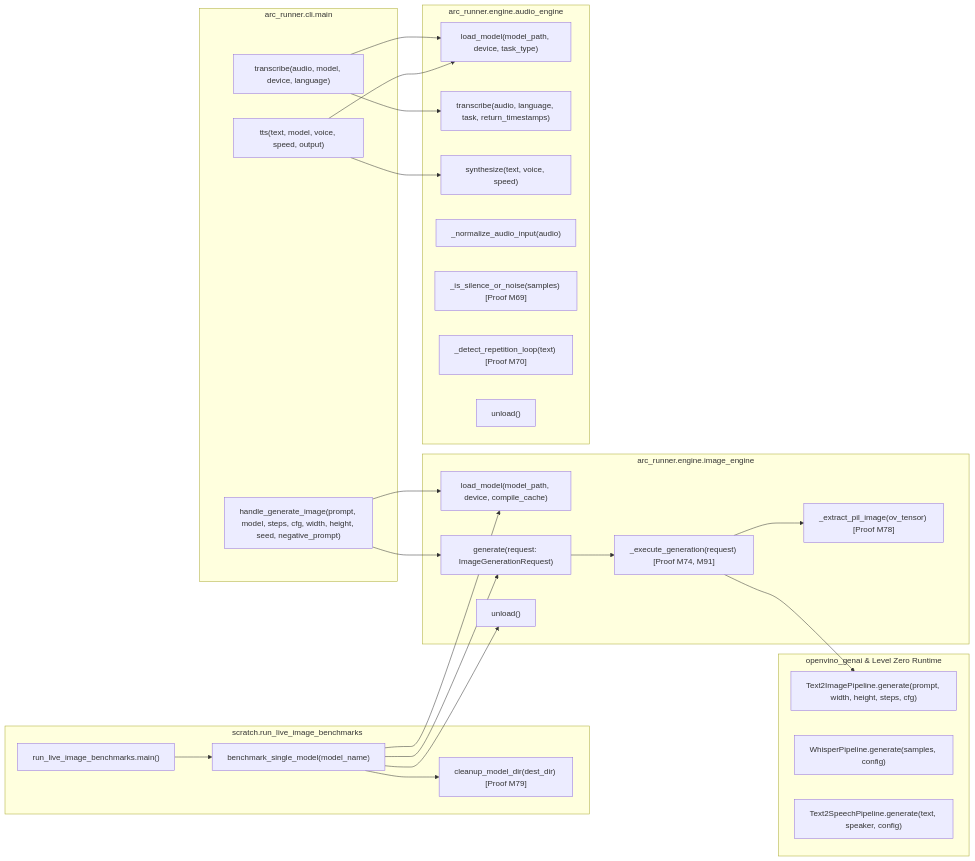
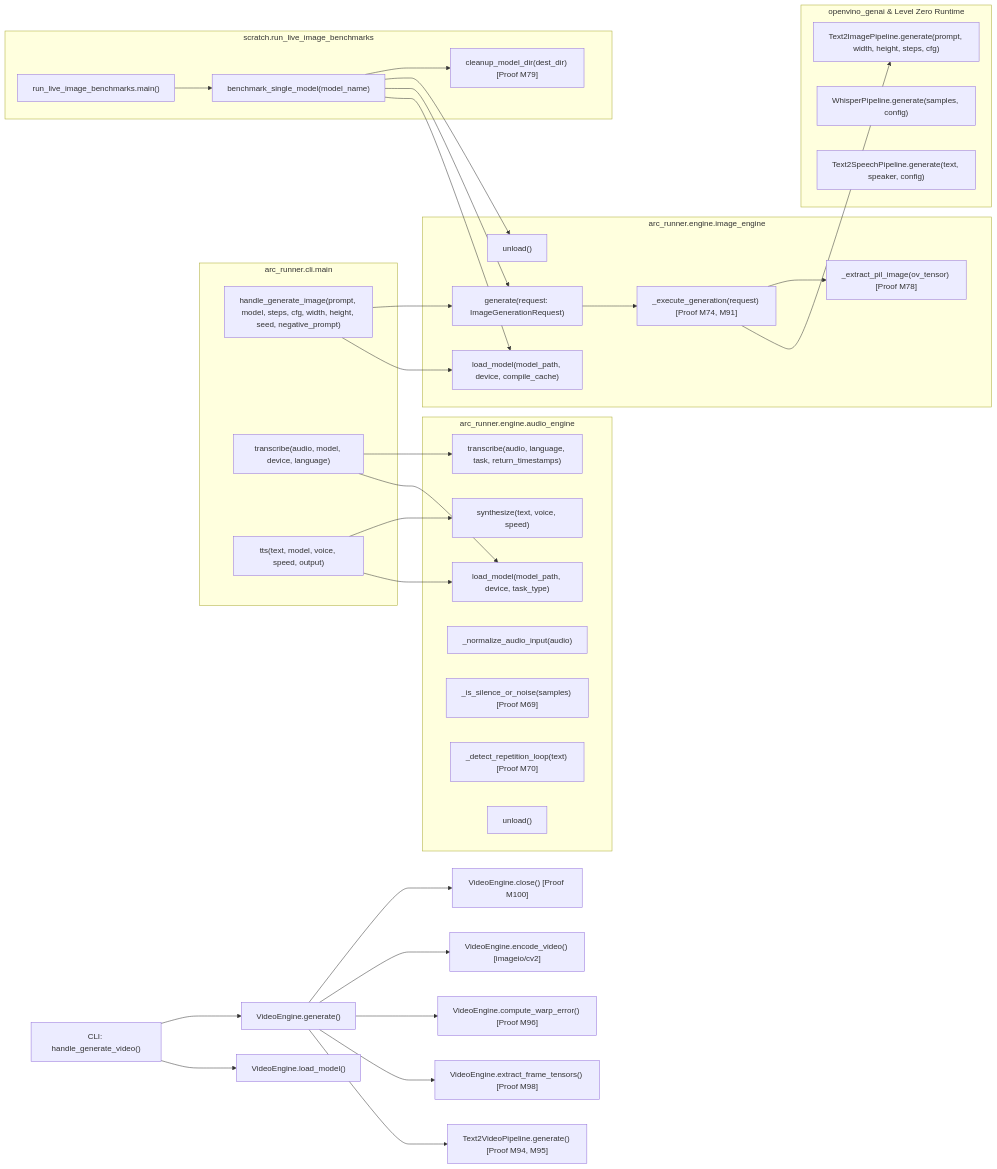
The diagram in uml/call_graph_diagram.md (techdeveloper-org/intel-arc-models-runner), drawn with Mermaid before and after one commit. The commit also changed other lines of this file and 35 other files, not shown here.

Commit message:
feat(video): implement VideoEngine, 24 triad tests, live benchmarks, and diagram sync (#29)

````diff
--- a/uml/call_graph_diagram.md
+++ b/uml/call_graph_diagram.md
@@ -5,58 +5,67 @@
 ```mermaid
 flowchart LR
     subgraph arc_runner_cli_main_group[arc_runner.cli.main]
         arc_runner_cli_main__generate_image["handle_generate_image(prompt, model, steps, cfg, width, height, seed, negative_prompt)"]
         arc_runner_cli_main__transcribe["transcribe(audio, model, device, language)"]
         arc_runner_cli_main__tts["tts(text, model, voice, speed, output)"]
     end
 
     subgraph scratch_live_image_group[scratch.run_live_image_benchmarks]
         scratch__SequentialImageBenchmark_main["run_live_image_benchmarks.main()"]
         scratch__SequentialImageBenchmark_run_model["benchmark_single_model(model_name)"]
         scratch__SequentialImageBenchmark_cleanup["cleanup_model_dir(dest_dir) [Proof M79]"]
     end
 
     subgraph arc_runner_engine_image_engine_group[arc_runner.engine.image_engine]
         ImageEngine__load_model["load_model(model_path, device, compile_cache)"]
         ImageEngine__generate["generate(request: ImageGenerationRequest)"]
         ImageEngine___execute_generation["_execute_generation(request) [Proof M74, M91]"]
         ImageEngine___extract_pil_image["_extract_pil_image(ov_tensor) [Proof M78]"]
         ImageEngine__unload["unload()"]
     end
 
     subgraph arc_runner_engine_audio_engine_group[arc_runner.engine.audio_engine]
         AudioEngine__load_model["load_model(model_path, device, task_type)"]
         AudioEngine__transcribe["transcribe(audio, language, task, return_timestamps)"]
         AudioEngine__synthesize["synthesize(text, voice, speed)"]
         AudioEngine___normalize_audio_input["_normalize_audio_input(audio)"]
         AudioEngine___is_silence_or_noise["_is_silence_or_noise(samples) [Proof M69]"]
         AudioEngine___detect_repetition_loop["_detect_repetition_loop(text) [Proof M70]"]
         AudioEngine__unload["unload()"]
     end
 
     subgraph openvino_genai_group[openvino_genai & Level Zero Runtime]
         ov_genai__Text2ImagePipeline_generate["Text2ImagePipeline.generate(prompt, width, height, steps, cfg)"]
         ov_genai__WhisperPipeline_generate["WhisperPipeline.generate(samples, config)"]
         ov_genai__Text2SpeechPipeline_generate["Text2SpeechPipeline.generate(text, speaker, config)"]
     end
 
     %% CLI Invocations
     arc_runner_cli_main__generate_image --> ImageEngine__load_model
     arc_runner_cli_main__generate_image --> ImageEngine__generate
     arc_runner_cli_main__transcribe --> AudioEngine__load_model
     arc_runner_cli_main__transcribe --> AudioEngine__transcribe
     arc_runner_cli_main__tts --> AudioEngine__load_model
     arc_runner_cli_main__tts --> AudioEngine__synthesize
 
     %% Image Engine Internal Pipeline
     ImageEngine__generate --> ImageEngine___execute_generation
     ImageEngine___execute_generation --> ov_genai__Text2ImagePipeline_generate
     ImageEngine___execute_generation --> ImageEngine___extract_pil_image
 
     %% Benchmark Harness Calls
     scratch__SequentialImageBenchmark_main --> scratch__SequentialImageBenchmark_run_model
     scratch__SequentialImageBenchmark_run_model --> ImageEngine__load_model
     scratch__SequentialImageBenchmark_run_model --> ImageEngine__generate
     scratch__SequentialImageBenchmark_run_model --> ImageEngine__unload
     scratch__SequentialImageBenchmark_run_model --> scratch__SequentialImageBenchmark_cleanup
+
+    %% Video Call Graph Subgraph
+    CLI_Vid["CLI: handle_generate_video()"] --> VidEng_Load["VideoEngine.load_model()"]
+    CLI_Vid --> VidEng_Gen["VideoEngine.generate()"]
+    VidEng_Gen --> OV_VidGen["Text2VideoPipeline.generate() [Proof M94, M95]"]
+    VidEng_Gen --> VidEng_Extract["VideoEngine.extract_frame_tensors() [Proof M98]"]
+    VidEng_Gen --> VidEng_Warp["VideoEngine.compute_warp_error() [Proof M96]"]
+    VidEng_Gen --> VidEng_Enc["VideoEngine.encode_video() [imageio/cv2]"]
+    VidEng_Gen --> VidEng_Close["VideoEngine.close() [Proof M100]"]
 ```
````
